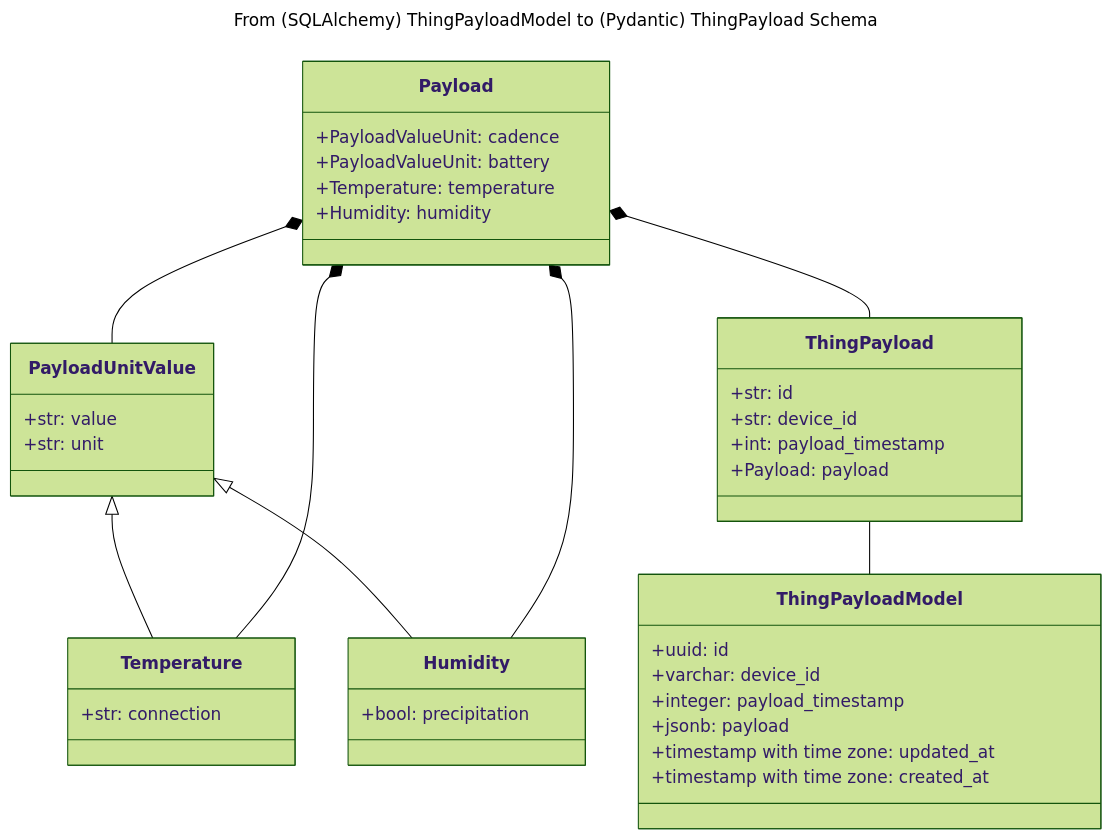
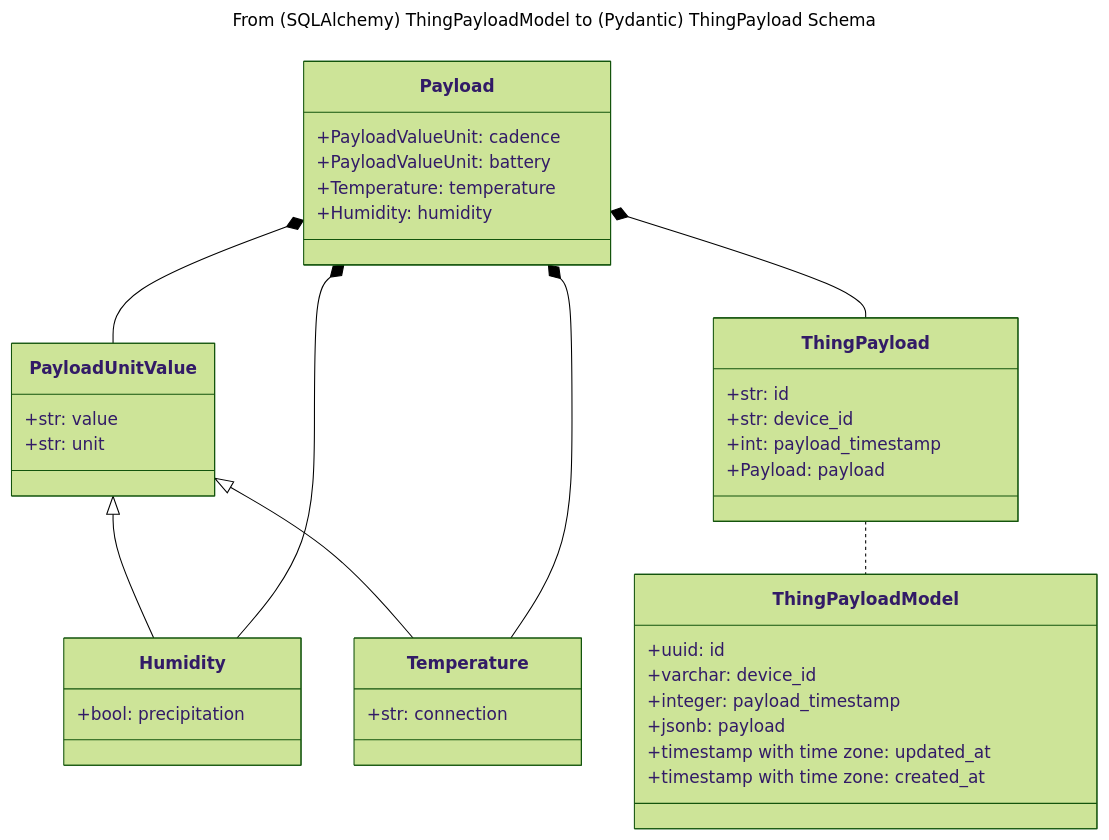
Before and after one commit to darrylmorton/ct-iot-things-report-job-service: the second of 4 diagrams in docs/DIAGRAMS.md, drawn with Mermaid (forest theme).

Commit message:
diagram updates

````diff
--- a/docs/DIAGRAMS.md
+++ b/docs/DIAGRAMS.md
@@ -34,54 +34,52 @@
 ```mermaid
 ---
 title: From (SQLAlchemy) ThingPayloadModel to (Pydantic) ThingPayload Schema
 ---
 
 classDiagram
     class PayloadUnitValue {
         +str: value
         +str: unit
     }
 
     class Temperature {
         +str: connection
     }
     
-    PayloadUnitValue <|-- Temperature 
-    
     class Humidity {
         +bool: precipitation
     }
-    
-    PayloadUnitValue <|-- Humidity
     
     class Payload {
         +PayloadValueUnit: cadence
         +PayloadValueUnit: battery
         +Temperature: temperature
         +Humidity: humidity
     }
     
-    Payload *-- PayloadUnitValue
-    Payload *-- Temperature
-    Payload *-- Humidity
-    
     class ThingPayload {
         +str: id
         +str: device_id
         +int: payload_timestamp
         +Payload: payload
     }
-    
-    Payload *-- ThingPayload
     
     class ThingPayloadModel {
         +uuid: id
         +varchar: device_id
         +integer: payload_timestamp
         +jsonb: payload
         +timestamp with time zone: updated_at
         +timestamp with time zone: created_at
     }
     
-    ThingPayload -- ThingPayloadModel
+    PayloadUnitValue <|-- Humidity
+    PayloadUnitValue <|-- Temperature
+    
+    Payload *-- PayloadUnitValue
+    Payload *-- Temperature
+    Payload *-- Humidity
+    Payload *-- ThingPayload
+    
+    ThingPayload .. ThingPayloadModel
 ```
````
